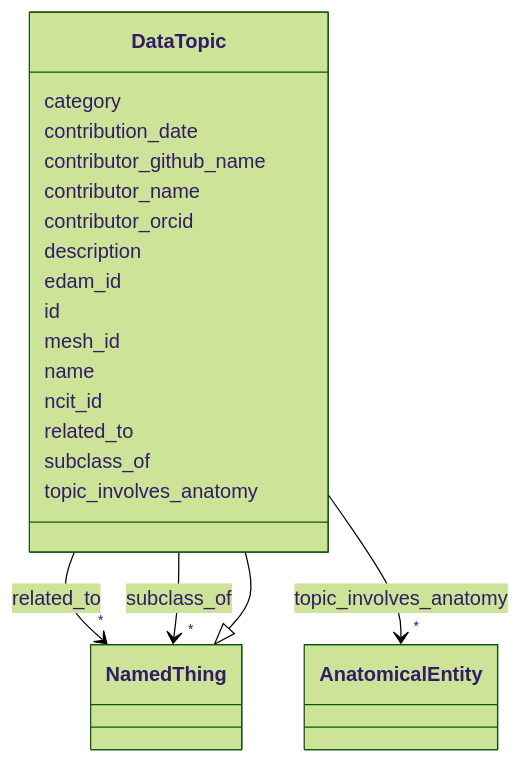
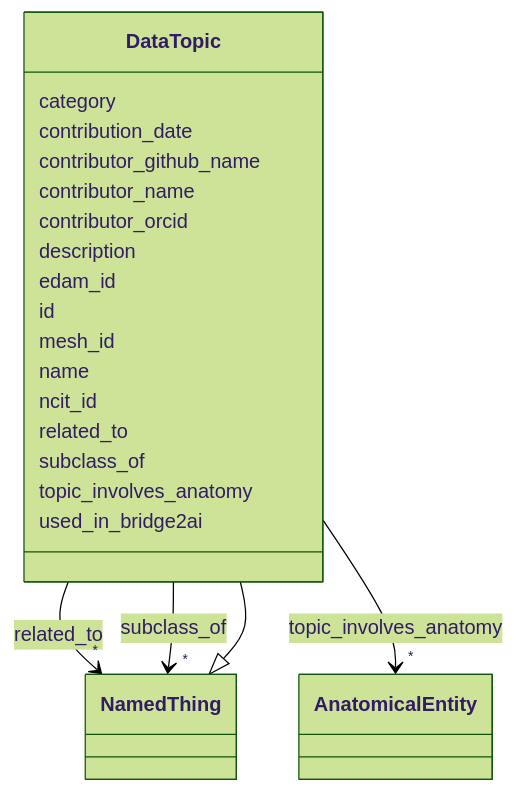
One commit to bridge2ai/standards-schemas changed the diagram in docs/DataTopic.md. Above: the diagram before and after it, drawn with Mermaid (forest theme). The commit also changed other lines of this file and 44 other files, not shown here.

````diff
--- a/docs/DataTopic.md
+++ b/docs/DataTopic.md
@@ -19,58 +19,60 @@
 ```mermaid
  classDiagram
     class DataTopic
     click DataTopic href "../DataTopic"
       NamedThing <|-- DataTopic
         click NamedThing href "../NamedThing"
       
       DataTopic : category
         
       DataTopic : contribution_date
         
       DataTopic : contributor_github_name
         
       DataTopic : contributor_name
         
       DataTopic : contributor_orcid
         
       DataTopic : description
         
       DataTopic : edam_id
         
       DataTopic : id
         
       DataTopic : mesh_id
         
       DataTopic : name
         
       DataTopic : ncit_id
         
       DataTopic : related_to
         
           
     
     
     DataTopic --> "*" NamedThing : related_to
     click NamedThing href "../NamedThing"
 
         
       DataTopic : subclass_of
         
           
     
     
     DataTopic --> "*" NamedThing : subclass_of
     click NamedThing href "../NamedThing"
 
         
       DataTopic : topic_involves_anatomy
         
           
     
     
     DataTopic --> "*" AnatomicalEntity : topic_involves_anatomy
     click AnatomicalEntity href "../AnatomicalEntity"
 
         
+      DataTopic : used_in_bridge2ai
+        
       
 ```
````
